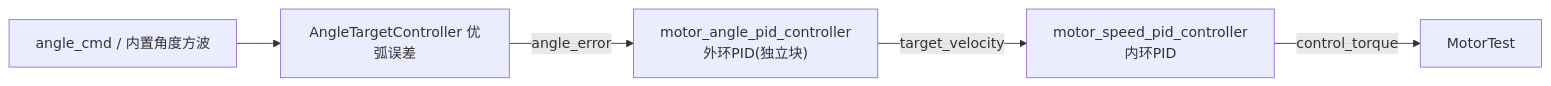
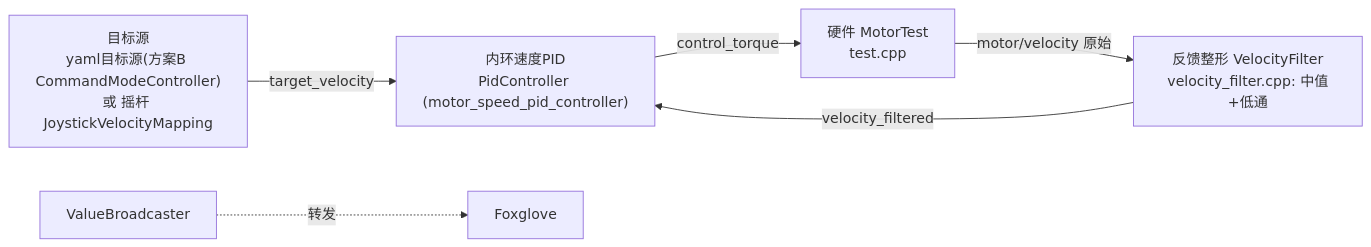
The fourth of 5 diagrams in docs/zh-cn/firing_mechanism_chain.md (gebilaowuxiaoyu123/alliance_homework2), drawn with Mermaid before and after one commit. The commit also changed other lines of this file and 2 other files, not shown here.

First line of the commit message:
docs: 完善任务二/任务三教程 — Foxglove接口速查/工程文件链路/开发思路/yaml模式切换大全 + 实测截图

````diff
--- a/docs/zh-cn/firing_mechanism_chain.md
+++ b/docs/zh-cn/firing_mechanism_chain.md
@@ -411,7 +384,8 @@
 ```mermaid
 flowchart LR
-    PUB["angle_cmd / 内置角度方波"] --> AT["AngleTargetController 优弧误差"]
-    AT -->|angle_error| OUTER["motor_angle_pid_controller<br/>外环PID(独立块)"]
-    OUTER -->|target_velocity| INNER["motor_speed_pid_controller<br/>内环PID"]
-    INNER -->|control_torque| HW["MotorTest"]
+    SRC["目标源<br/>yaml目标源(方案B CommandModeController)<br/>或 摇杆 JoystickVelocityMapping"] -->|target_velocity| PID["内环速度PID<br/>PidController (motor_speed_pid_controller)"]
+    HW["硬件 MotorTest<br/>test.cpp"] -->|motor/velocity 原始| VF["反馈整形 VelocityFilter<br/>velocity_filter.cpp: 中值+低通"]
+    VF -->|velocity_filtered| PID
+    PID -->|control_torque| HW
+    VB["ValueBroadcaster"] -.转发.-> Fx["Foxglove"]
 ```
````
